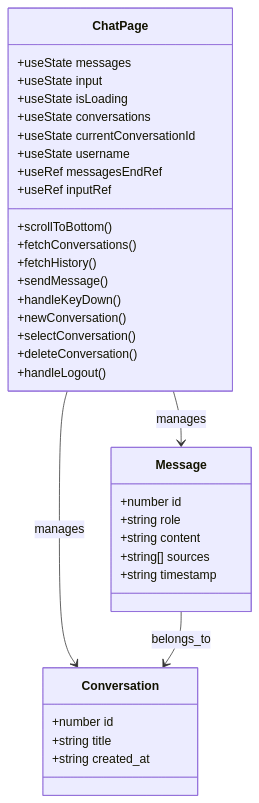
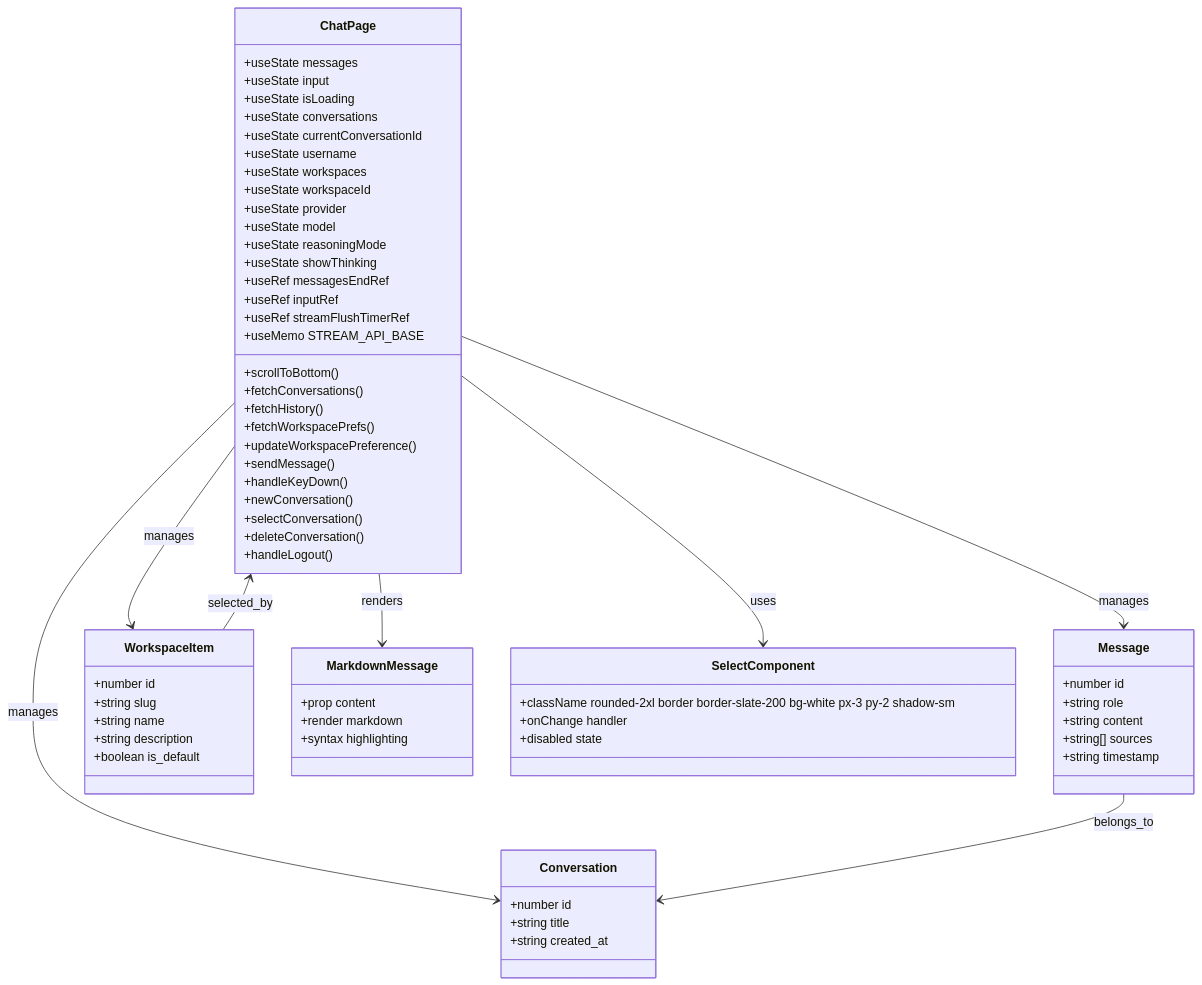
The second of 27 diagrams in .qoder/repowiki/zh/content/前端应用文档/AI聊天界面与对话交互.md (ghbbn053-ship-itsoulddog/soulddog), drawn with Mermaid before and after one commit. The commit also changed other lines of this file and 119 other files, not shown here.

````diff
--- a/.qoder/repowiki/zh/content/前端应用文档/AI聊天界面与对话交互.md
+++ b/.qoder/repowiki/zh/content/前端应用文档/AI聊天界面与对话交互.md
@@ -115,37 +189,68 @@
 ```mermaid
 classDiagram
 class ChatPage {
 +useState messages
 +useState input
 +useState isLoading
 +useState conversations
 +useState currentConversationId
 +useState username
++useState workspaces
++useState workspaceId
++useState provider
++useState model
++useState reasoningMode
++useState showThinking
 +useRef messagesEndRef
 +useRef inputRef
++useRef streamFlushTimerRef
++useMemo STREAM_API_BASE
 +scrollToBottom()
 +fetchConversations()
 +fetchHistory()
++fetchWorkspacePrefs()
++updateWorkspacePreference()
 +sendMessage()
 +handleKeyDown()
 +newConversation()
 +selectConversation()
 +deleteConversation()
 +handleLogout()
 }
 class Message {
 +number id
 +string role
 +string content
 +string[] sources
 +string timestamp
 }
 class Conversation {
 +number id
 +string title
 +string created_at
 }
+class WorkspaceItem {
++number id
++string slug
++string name
++string description
++boolean is_default
+}
+class MarkdownMessage {
++prop content
++render markdown
++syntax highlighting
+}
+class SelectComponent {
++className rounded-2xl border border-slate-200 bg-white px-3 py-2 shadow-sm
++onChange handler
++disabled state
+}
 ChatPage --> Message : manages
 ChatPage --> Conversation : manages
+ChatPage --> WorkspaceItem : manages
+ChatPage --> MarkdownMessage : renders
+ChatPage --> SelectComponent : uses
 Message --> Conversation : belongs_to
+WorkspaceItem --> ChatPage : selected_by
 ```
````
